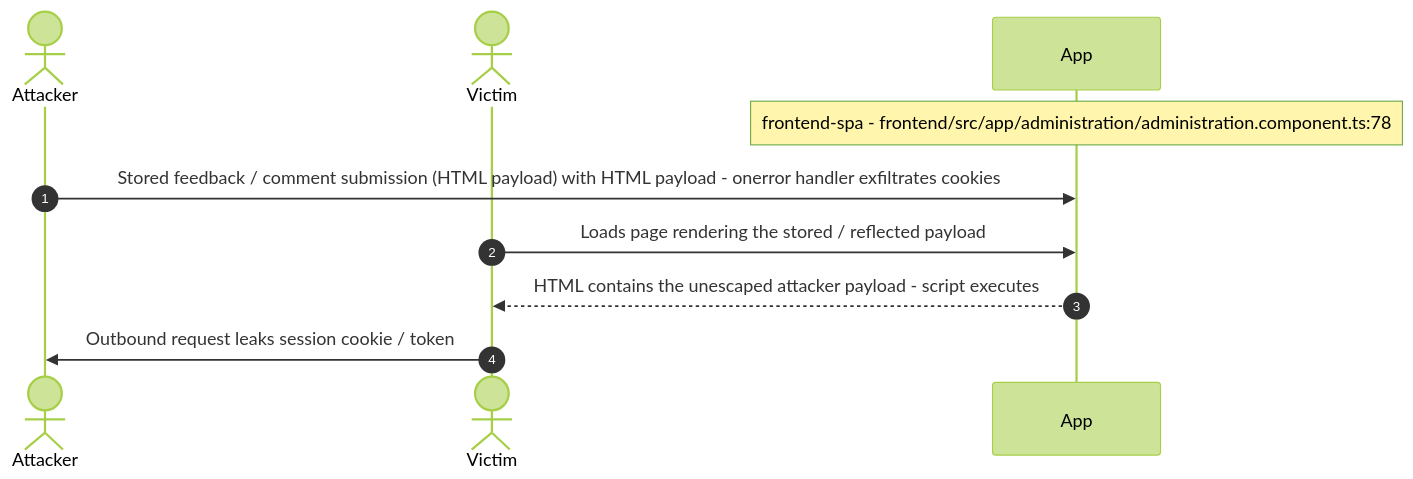
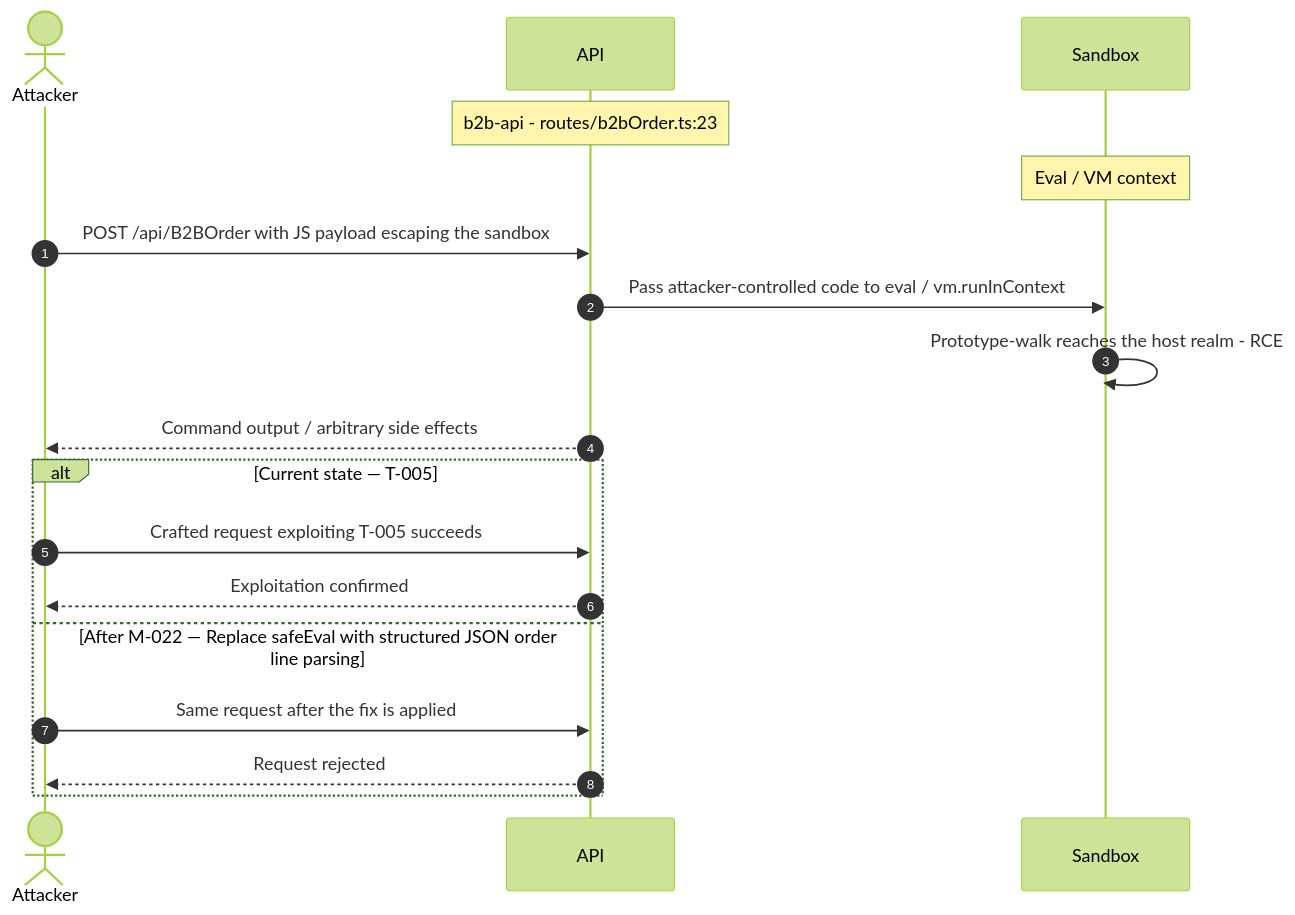
Diagram 12 of 15 in examples/threat-modeler/threat-model-juice-shop-standard.md (appsec-foundry/appsec-advisor), drawn with Mermaid (forest theme) before and after one commit. The commit also changed other lines of this file, not shown here.

````diff
--- a/examples/threat-modeler/threat-model-juice-shop-standard.md
+++ b/examples/threat-modeler/threat-model-juice-shop-standard.md
@@ -725,12 +677,20 @@
 ```mermaid
 sequenceDiagram
     autonumber
     actor Attacker
-    actor Victim
-    participant App
-    Note over App: frontend-spa - frontend/src/app/administration/administration.component.ts:78
-    Attacker->>App: Stored feedback / comment submission (HTML payload) with HTML payload - onerror handler exfiltrates cookies
-    Victim->>App: Loads page rendering the stored / reflected payload
-    App-->>Victim: HTML contains the unescaped attacker payload - script executes
-    Victim->>Attacker: Outbound request leaks session cookie / token
+    participant API
+    participant Sandbox
+    Note over API: b2b-api - routes/b2bOrder.ts:23
+    Note over Sandbox: Eval / VM context
+    Attacker->>API: POST /api/B2BOrder with JS payload escaping the sandbox
+    API->>Sandbox: Pass attacker-controlled code to eval / vm.runInContext
+    Sandbox->>Sandbox: Prototype-walk reaches the host realm - RCE
+    API-->>Attacker: Command output / arbitrary side effects
+    alt Current state — T-005
+        Attacker->>API: Crafted request exploiting T-005 succeeds
+        API-->>Attacker: Exploitation confirmed
+    else After M-022 — Replace safeEval with structured JSON order line parsing
+        Attacker->>API: Same request after the fix is applied
+        API-->>Attacker: Request rejected
+    end
 ```
````
